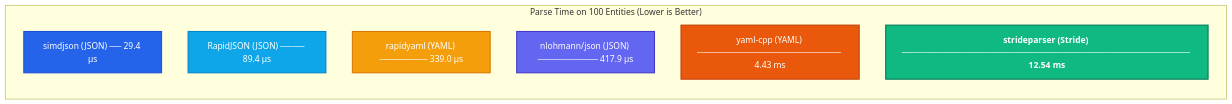
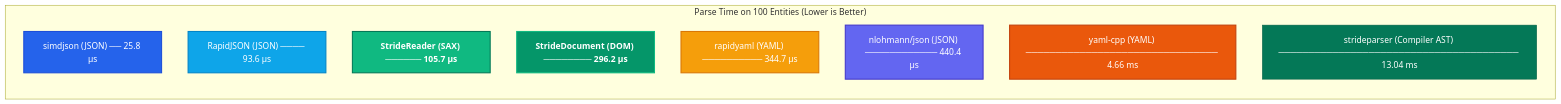
The second of 4 diagrams in doc/standalone_data_schema_validation.md (StrideLang/strideparser), drawn with Mermaid before and after one commit. The commit also changed other lines of this file, not shown here.

Commit message:
doc: update standalone data validation report with StrideReader and StrideDocument benchmark results

````diff
--- a/doc/standalone_data_schema_validation.md
+++ b/doc/standalone_data_schema_validation.md
@@ -280,19 +302,23 @@
 ```mermaid
 flowchart LR
     subgraph Time["Parse Time on 100 Entities (Lower is Better)"]
         direction TB
-        p1["simdjson (JSON) ── 29.4 µs"]:::jsonSimd
-        p2["RapidJSON (JSON) ──── 89.4 µs"]:::jsonRapid
-        p3["rapidyaml (YAML) ──────── 339.0 µs"]:::yamlRyml
-        p4["nlohmann/json (JSON) ────────── 417.9 µs"]:::jsonNloh
-        p5["yaml-cpp (YAML) ──────────────────────── 4.43 ms"]:::yamlCpp
-        p6["strideparser (Stride) ──────────────────────────────────────────────── 12.54 ms"]:::stride
+        p1["simdjson (JSON) ── 25.8 µs"]:::jsonSimd
+        p2["RapidJSON (JSON) ──── 93.6 µs"]:::jsonRapid
+        p3["StrideReader (SAX) ────── 105.7 µs"]:::stride
+        p4["StrideDocument (DOM) ──────── 296.2 µs"]:::strideDom
+        p5["rapidyaml (YAML) ────────── 344.7 µs"]:::yamlRyml
+        p6["nlohmann/json (JSON) ──────────── 440.4 µs"]:::jsonNloh
+        p7["yaml-cpp (YAML) ──────────────────────────────── 4.66 ms"]:::yamlCpp
+        p8["strideparser (Compiler AST) ──────────────────────────────────────── 13.04 ms"]:::strideAst
     end
 
     classDef stride fill:#10b981,stroke:#047857,stroke-width:2px,color:#ffffff,font-weight:bold
+    classDef strideDom fill:#059669,stroke:#10b981,stroke-width:2px,color:#ffffff,font-weight:bold
+    classDef strideAst fill:#047857,stroke:#065f46,stroke-width:1px,color:#ffffff
     classDef jsonSimd fill:#2563eb,stroke:#1d4ed8,stroke-width:2px,color:#ffffff
     classDef jsonRapid fill:#0ea5e9,stroke:#0284c7,stroke-width:2px,color:#ffffff
     classDef jsonNloh fill:#6366f1,stroke:#4338ca,stroke-width:2px,color:#ffffff
     classDef yamlRyml fill:#f59e0b,stroke:#d97706,stroke-width:2px,color:#ffffff
     classDef yamlCpp fill:#ea580c,stroke:#c2410c,stroke-width:2px,color:#ffffff
 ```
````
